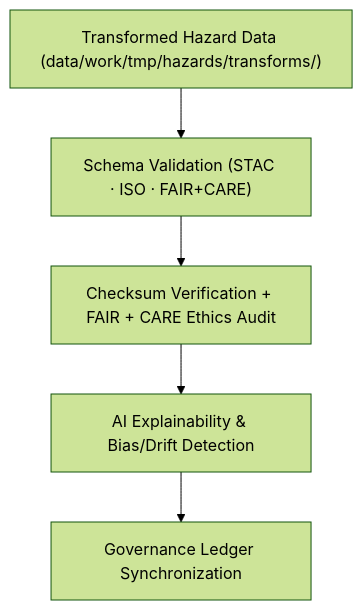
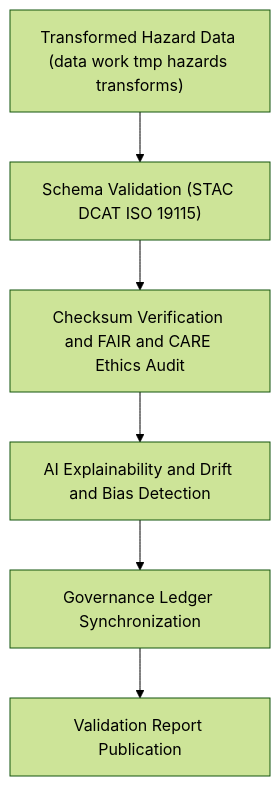
The diagram in data/work/tmp/hazards/validation/README.md (bartytime4life/Kansas-Frontier-Matrix), drawn with Mermaid (forest theme) before and after one commit. The commit also changed other lines of this file, not shown here.

````diff
--- a/data/work/tmp/hazards/validation/README.md
+++ b/data/work/tmp/hazards/validation/README.md
@@ -67,7 +65,8 @@
 ```mermaid
 flowchart TD
-    A["Transformed Hazard Data (data/work/tmp/hazards/transforms/)"] --> B["Schema Validation (STAC · ISO · FAIR+CARE)"]
-    B --> C["Checksum Verification + FAIR + CARE Ethics Audit"]
-    C --> D["AI Explainability & Bias/Drift Detection"]
+    A["Transformed Hazard Data (data work tmp hazards transforms)"] --> B["Schema Validation (STAC DCAT ISO 19115)"]
+    B --> C["Checksum Verification and FAIR and CARE Ethics Audit"]
+    C --> D["AI Explainability and Drift and Bias Detection"]
     D --> E["Governance Ledger Synchronization"]
+    E --> F["Validation Report Publication"]
 ```
````
